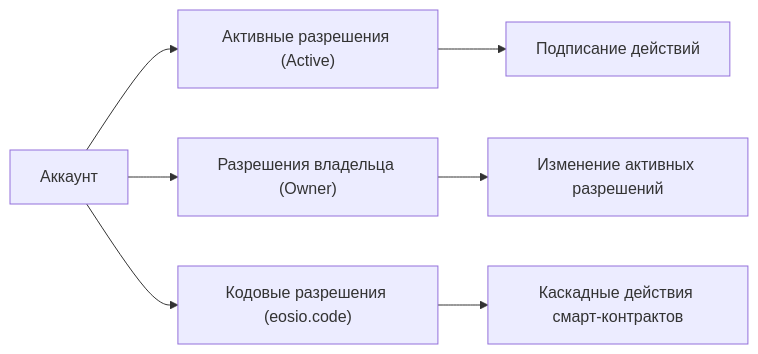
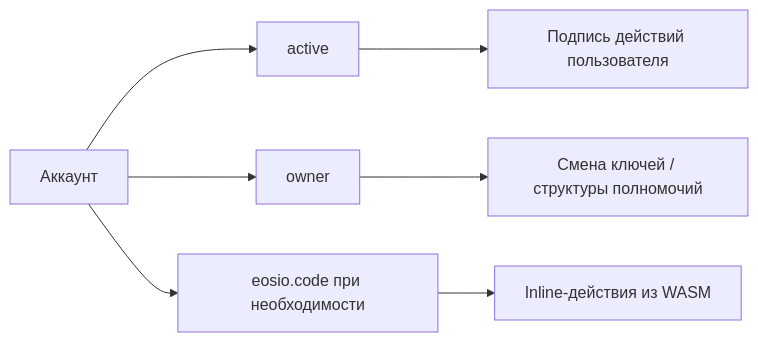
Before and after one commit to coopenomics/coopenomics: the second of 4 diagrams in docs/documentation/blockchain/accounts.md, drawn with Mermaid. The commit also changed other lines of this file and 260 other files, not shown here.

````diff
--- a/docs/documentation/blockchain/accounts.md
+++ b/docs/documentation/blockchain/accounts.md
@@ -67,11 +31,10 @@
 ```mermaid
 flowchart LR
     Аккаунт["Аккаунт"]
-    Аккаунт --> АктивныеРазрешения["Активные разрешения (Active)"]
-    Аккаунт --> ВладелецРазрешения["Разрешения владельца (Owner)"]
-    Аккаунт --> КодовыеРазрешения["Кодовые разрешения (eosio.code)"]
-    
-    АктивныеРазрешения --> Действия["Подписание действий"]
-    ВладелецРазрешения --> Изменение["Изменение активных разрешений"]
-    КодовыеРазрешения --> КаскадныеДействия["Каскадные действия смарт-контрактов"]
+    Аккаунт --> АктивныеРазрешения["active"]
+    Аккаунт --> ВладелецРазрешения["owner"]
+    Аккаунт --> КодовыеРазрешения["eosio.code при необходимости"]
+    АктивныеРазрешения --> Действия["Подпись действий пользователя"]
+    ВладелецРазрешения --> Изменение["Смена ключей / структуры полномочий"]
+    КодовыеРазрешения --> КаскадныеДействия["Inline-действия из WASM"]
 ```
````
